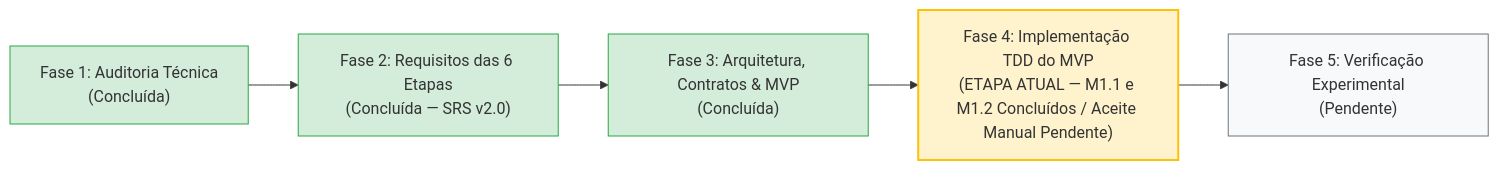
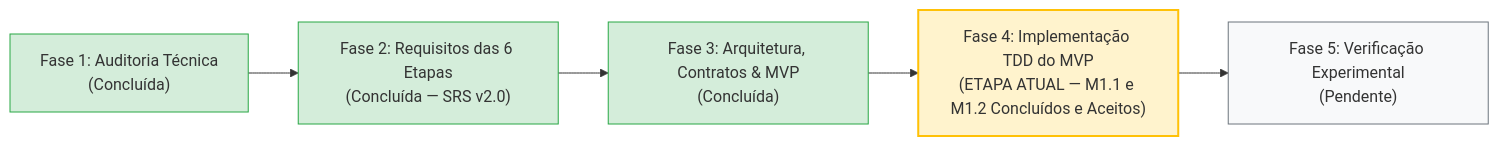
Before and after one commit to aleerangel/experimental-ml-framework: the diagram in engenharia_software/ETAPA_ATUAL_ENGENHARIA.md, drawn with Mermaid. The commit also changed other lines of this file and 6 other files, not shown here.

````diff
--- a/engenharia_software/ETAPA_ATUAL_ENGENHARIA.md
+++ b/engenharia_software/ETAPA_ATUAL_ENGENHARIA.md
@@ -19,13 +19,13 @@
 ```mermaid
 flowchart LR
     Fase1["Fase 1: Auditoria Técnica<br/>(Concluída)"] --> Fase2["Fase 2: Requisitos das 6 Etapas<br/>(Concluída — SRS v2.0)"]
     Fase2 --> Fase3["Fase 3: Arquitetura, Contratos & MVP<br/>(Concluída)"]
-    Fase3 --> Fase4["Fase 4: Implementação TDD do MVP<br/>(ETAPA ATUAL — M1.1 e M1.2 Concluídos / Aceite Manual Pendente)"]
+    Fase3 --> Fase4["Fase 4: Implementação TDD do MVP<br/>(ETAPA ATUAL — M1.1 e M1.2 Concluídos e Aceitos)"]
     Fase4 --> Fase5["Fase 5: Verificação Experimental<br/>(Pendente)"]
     
     style Fase1 fill:#d4edda,stroke:#28a745
     style Fase2 fill:#d4edda,stroke:#28a745
     style Fase3 fill:#d4edda,stroke:#28a745
     style Fase4 fill:#fff3cd,stroke:#ffc107,stroke-width:2px
     style Fase5 fill:#f8f9fa,stroke:#6c757d
 ```
````
